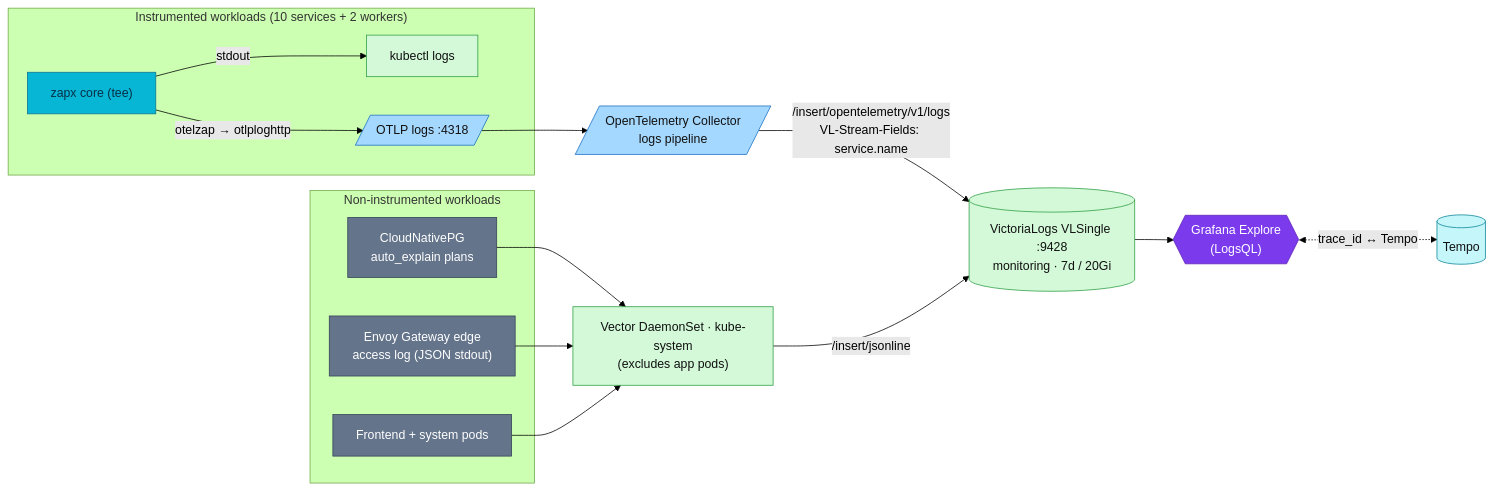
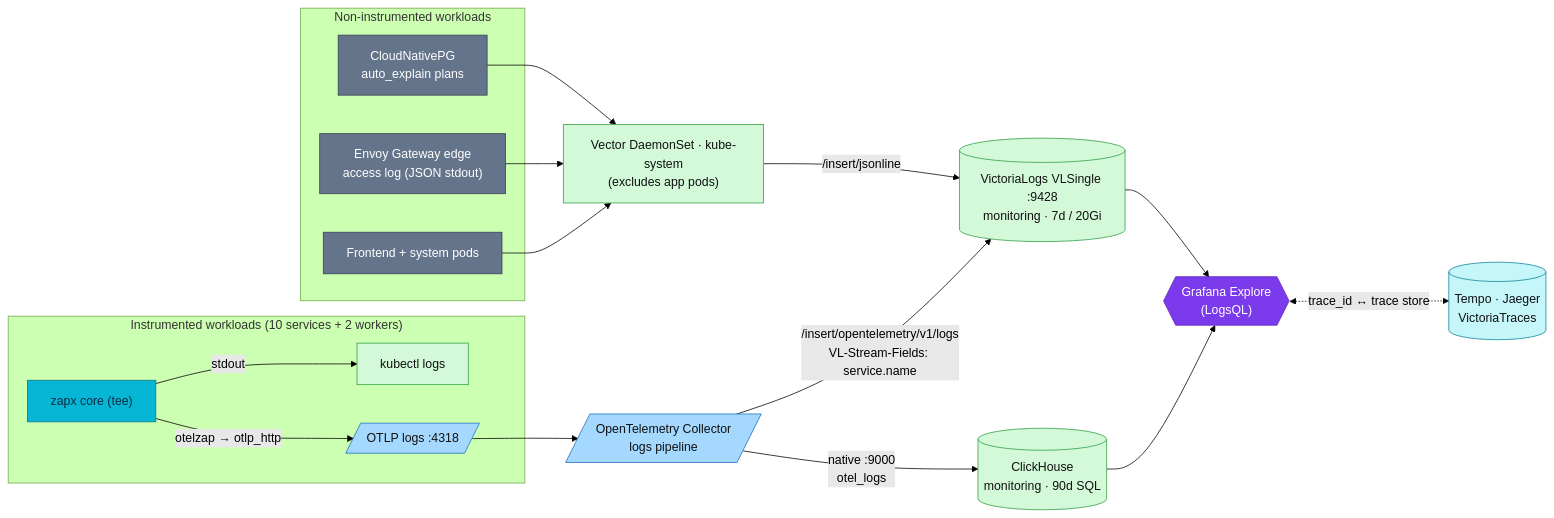
Before and after one commit to duynhlab/homelab: the diagram in docs/observability/logging/README.md, drawn with Mermaid (forest theme). The commit also changed other lines of this file and 12 other files, not shown here.

````diff
--- a/docs/observability/logging/README.md
+++ b/docs/observability/logging/README.md
@@ -58,34 +62,37 @@
 ```mermaid
 flowchart LR
     subgraph apps["Instrumented workloads (10 services + 2 workers)"]
         Z["zapx core (tee)"]
         Z -->|stdout| KLOGS["kubectl logs"]
-        Z -->|"otelzap → otlploghttp"| OTLP
+        Z -->|"otelzap → otlp_http"| OTLP
     end
     subgraph infra["Non-instrumented workloads"]
         CNPG["CloudNativePG<br/>auto_explain plans"]
         EDGE["Envoy Gateway edge<br/>access log (JSON stdout)"]
         FE["Frontend + system pods"]
     end
     OTLP[/"OTLP logs :4318"/] --> COL[/"OpenTelemetry Collector<br/>logs pipeline"/]
     CNPG --> VEC["Vector DaemonSet · kube-system<br/>(excludes app pods)"]
     EDGE --> VEC
     FE --> VEC
     COL -->|"/insert/opentelemetry/v1/logs<br/>VL-Stream-Fields: service.name"| VL[("VictoriaLogs VLSingle :9428<br/>monitoring · 7d / 20Gi")]
+    COL -->|"native :9000<br/>otel_logs"| CH[("ClickHouse<br/>monitoring · 90d SQL")]
     VEC -->|"/insert/jsonline"| VL
     VL --> GRAF{{"Grafana Explore<br/>(LogsQL)"}}
-    GRAF <-. "trace_id ↔ Tempo" .-> TEMPO[("Tempo")]
+    CH --> GRAF
+    GRAF <-. "trace_id ↔ trace store" .-> TEMPO[("Tempo · Jaeger<br/>VictoriaTraces")]
     classDef collector fill:#a5d8ff,color:#111,stroke:#1971c2;
     classDef log fill:#d3f9d8,color:#111,stroke:#2f9e44;
     classDef trace fill:#c5f6fa,color:#111,stroke:#0c8599;
     class OTLP,COL collector;
     class VL log;
+    class CH log;
     class TEMPO trace;
     classDef service fill:#06b6d4,color:#082f49,stroke:#0e7490;
     classDef external fill:#64748b,color:#fff,stroke:#334155;
     classDef platform fill:#7c3aed,color:#fff,stroke:#5b21b6;
     class Z service;
     class CNPG,EDGE,FE external;
     class VEC,KLOGS log;
     class GRAF platform;
 ```
````
